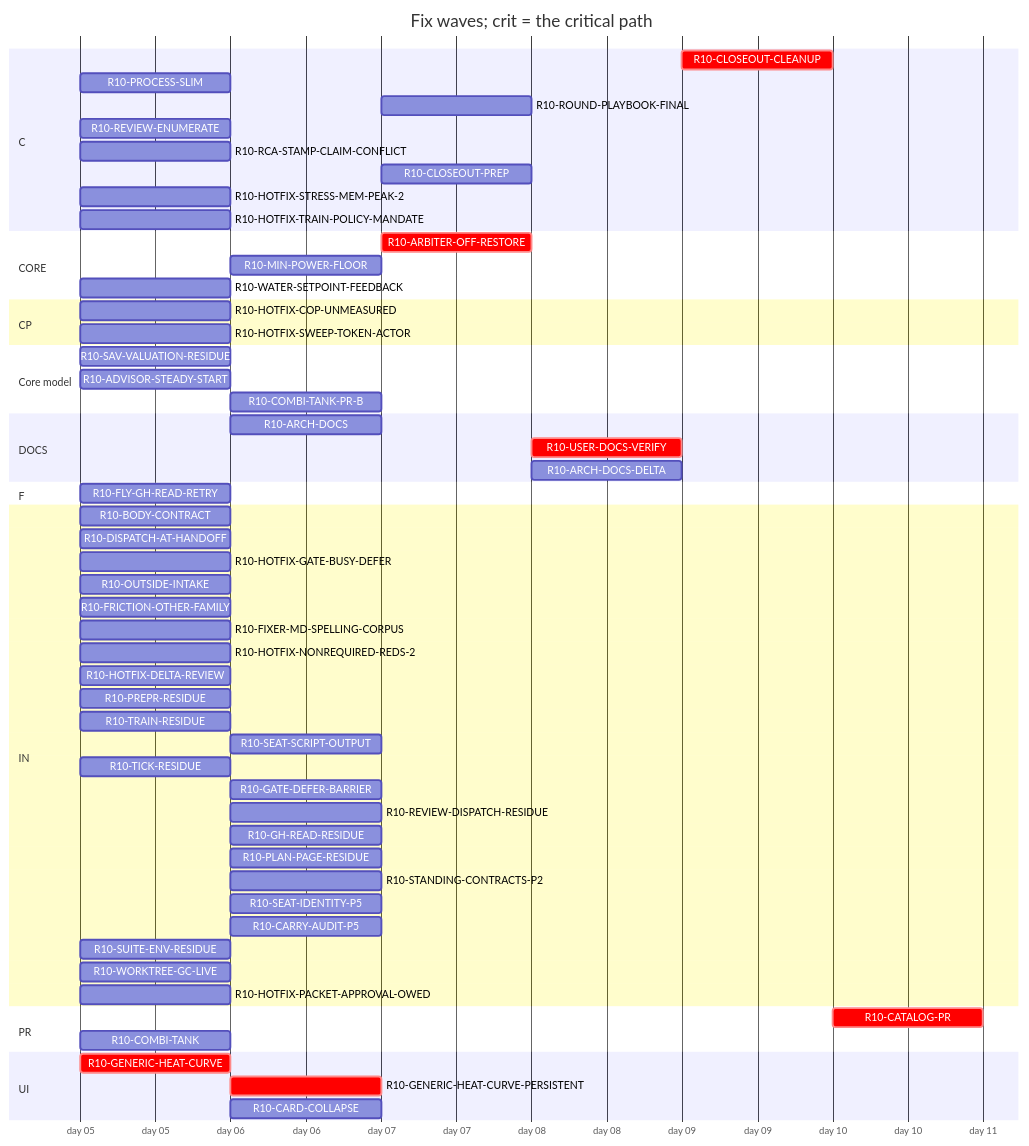
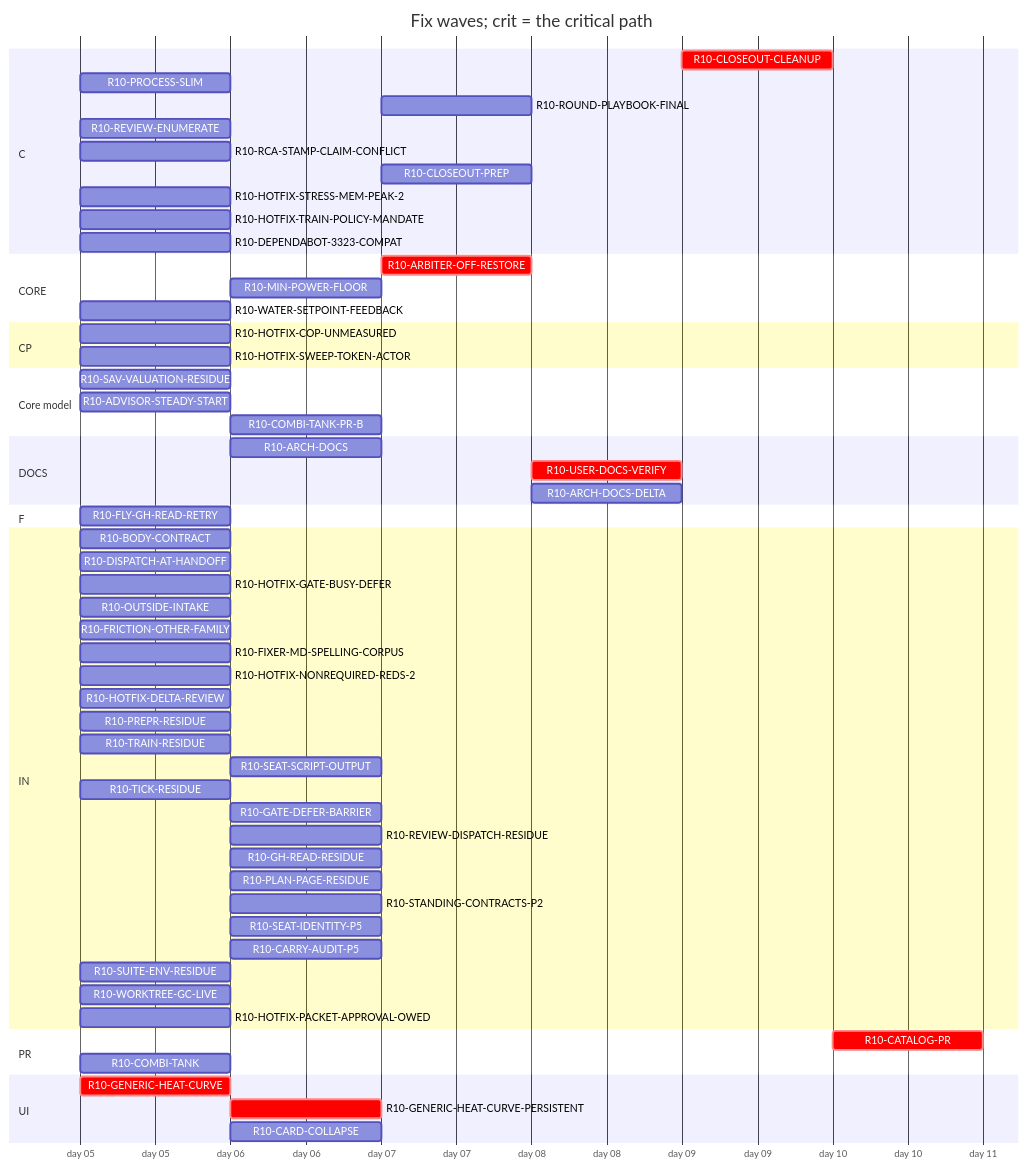
The diagram in handoff/round10/state/PLAN-TABLE.md (tvofi/heatpump_optimizer), drawn with Mermaid before and after one commit. The commit also changed other lines of this file and 4 other files, not shown here.

Commit message:
state: FLOW-BOARD.md, NEXT-SESSION-PROMPT.md, PLAN-TABLE.md, PLAN.html, RESUME-CURRENT.md regenerated (state_docs.py)

````diff
--- a/handoff/round10/state/PLAN-TABLE.md
+++ b/handoff/round10/state/PLAN-TABLE.md
@@ -22,62 +22,63 @@
 ```mermaid
 gantt
   title Fix waves; crit = the critical path
   dateFormat YYYY-MM-DD
   axisFormat day %d
   section C
     R10-CLOSEOUT-CLEANUP :crit, r10CLOSEOUTCLEANUP, after r10ARCHDOCS r10USERDOCSVERIFY r10ROUNDPLAYBOOKFINAL r10FRICTIONOTHERFAMILY r10CLOSEOUTPREP r10ARCHDOCSDELTA, 1d
     R10-PROCESS-SLIM :r10PROCESSSLIM, 2026-01-05, 1d
     R10-ROUND-PLAYBOOK-FINAL :r10ROUNDPLAYBOOKFINAL, after r10DISPATCHATHANDOFF r10BODYCONTRACT r10FLYGHREADRETRY r10PROCESSSLIM r10OUTSIDEINTAKE r10FRICTIONOTHERFAMILY r10FIXERMDSPELLINGCORPUS r10PREPRRESIDUE r10SEATSCRIPTOUTPUT r10REVIEWDISPATCHRESIDUE r10CARRYAUDITP5 r10TICKRESIDUE r10SEATIDENTITYP5 r10STANDINGCONTRACTSP2 r10PLANPAGERESIDUE r10TRAINRESIDUE r10GHREADRESIDUE r10SUITEENVRESIDUE r10GATEDEFERBARRIER r10WORKTREEGCLIVE, 1d
     R10-REVIEW-ENUMERATE :r10REVIEWENUMERATE, 2026-01-05, 1d
     R10-RCA-STAMP-CLAIM-CONFLICT :r10RCASTAMPCLAIMCONFLICT, 2026-01-05, 1d
     R10-CLOSEOUT-PREP :r10CLOSEOUTPREP, after r10ARCHDOCS r10DISPATCHATHANDOFF r10BODYCONTRACT r10FLYGHREADRETRY r10PROCESSSLIM r10OUTSIDEINTAKE r10FRICTIONOTHERFAMILY r10FIXERMDSPELLINGCORPUS r10PREPRRESIDUE r10SEATSCRIPTOUTPUT r10REVIEWDISPATCHRESIDUE r10CARRYAUDITP5 r10TICKRESIDUE r10SEATIDENTITYP5 r10STANDINGCONTRACTSP2 r10PLANPAGERESIDUE r10TRAINRESIDUE r10GHREADRESIDUE r10SUITEENVRESIDUE r10GATEDEFERBARRIER r10WORKTREEGCLIVE, 1d
     R10-HOTFIX-STRESS-MEM-PEAK-2 :r10HOTFIXSTRESSMEMPEAK2, 2026-01-05, 1d
     R10-HOTFIX-TRAIN-POLICY-MANDATE :r10HOTFIXTRAINPOLICYMANDATE, 2026-01-05, 1d
+    R10-DEPENDABOT-3323-COMPAT :r10DEPENDABOT3323COMPAT, 2026-01-05, 1d
   section CORE
     R10-ARBITER-OFF-RESTORE :crit, r10ARBITEROFFRESTORE, after r10GENERICHEATCURVE r10GENERICHEATCURVEPERSISTENT r10WATERSETPOINTFEEDBACK, 1d
     R10-MIN-POWER-FLOOR :r10MINPOWERFLOOR, after r10HOTFIXCOPUNMEASURED r10GENERICHEATCURVE, 1d
     R10-WATER-SETPOINT-FEEDBACK :r10WATERSETPOINTFEEDBACK, 2026-01-05, 1d
   section CP
     R10-HOTFIX-COP-UNMEASURED :r10HOTFIXCOPUNMEASURED, 2026-01-05, 1d
     R10-HOTFIX-SWEEP-TOKEN-ACTOR :r10HOTFIXSWEEPTOKENACTOR, 2026-01-05, 1d
   section Core model
     R10-SAV-VALUATION-RESIDUE :r10SAVVALUATIONRESIDUE, 2026-01-05, 1d
     R10-ADVISOR-STEADY-START :r10ADVISORSTEADYSTART, 2026-01-05, 1d
     R10-COMBI-TANK-PR-B :r10COMBITANKPRB, after r10COMBITANK, 1d
   section DOCS
     R10-ARCH-DOCS :r10ARCHDOCS, after r10DISPATCHATHANDOFF r10BODYCONTRACT r10FLYGHREADRETRY r10PROCESSSLIM r10OUTSIDEINTAKE r10FRICTIONOTHERFAMILY, 1d
     R10-USER-DOCS-VERIFY :crit, r10USERDOCSVERIFY, after r10HOTFIXCOPUNMEASURED r10GENERICHEATCURVE r10GENERICHEATCURVEPERSISTENT r10ARBITEROFFRESTORE r10COMBITANK r10MINPOWERFLOOR, 1d
     R10-ARCH-DOCS-DELTA :r10ARCHDOCSDELTA, after r10ARCHDOCS r10HOTFIXCOPUNMEASURED r10GENERICHEATCURVE r10GENERICHEATCURVEPERSISTENT r10ARBITEROFFRESTORE r10COMBITANK r10MINPOWERFLOOR r10SAVVALUATIONRESIDUE r10ADVISORSTEADYSTART r10COMBITANKPRB, 1d
   section F
     R10-FLY-GH-READ-RETRY :r10FLYGHREADRETRY, 2026-01-05, 1d
   section IN
     R10-BODY-CONTRACT :r10BODYCONTRACT, 2026-01-05, 1d
     R10-DISPATCH-AT-HANDOFF :r10DISPATCHATHANDOFF, 2026-01-05, 1d
     R10-HOTFIX-GATE-BUSY-DEFER :r10HOTFIXGATEBUSYDEFER, 2026-01-05, 1d
     R10-OUTSIDE-INTAKE :r10OUTSIDEINTAKE, 2026-01-05, 1d
     R10-FRICTION-OTHER-FAMILY :r10FRICTIONOTHERFAMILY, 2026-01-05, 1d
     R10-FIXER-MD-SPELLING-CORPUS :r10FIXERMDSPELLINGCORPUS, 2026-01-05, 1d
     R10-HOTFIX-NONREQUIRED-REDS-2 :r10HOTFIXNONREQUIREDREDS2, 2026-01-05, 1d
     R10-HOTFIX-DELTA-REVIEW :r10HOTFIXDELTAREVIEW, 2026-01-05, 1d
     R10-PREPR-RESIDUE :r10PREPRRESIDUE, 2026-01-05, 1d
     R10-TRAIN-RESIDUE :r10TRAINRESIDUE, 2026-01-05, 1d
     R10-SEAT-SCRIPT-OUTPUT :r10SEATSCRIPTOUTPUT, after r10TRAINRESIDUE, 1d
     R10-TICK-RESIDUE :r10TICKRESIDUE, 2026-01-05, 1d
     R10-GATE-DEFER-BARRIER :r10GATEDEFERBARRIER, after r10TRAINRESIDUE r10TICKRESIDUE, 1d
     R10-REVIEW-DISPATCH-RESIDUE :r10REVIEWDISPATCHRESIDUE, after r10DISPATCHATHANDOFF r10REVIEWENUMERATE r10HOTFIXDELTAREVIEW r10PROCESSSLIM, 1d
     R10-GH-READ-RESIDUE :r10GHREADRESIDUE, after r10FLYGHREADRETRY, 1d
     R10-PLAN-PAGE-RESIDUE :r10PLANPAGERESIDUE, after r10OUTSIDEINTAKE, 1d
     R10-STANDING-CONTRACTS-P2 :r10STANDINGCONTRACTSP2, after r10FIXERMDSPELLINGCORPUS, 1d
     R10-SEAT-IDENTITY-P5 :r10SEATIDENTITYP5, after r10TICKRESIDUE, 1d
     R10-CARRY-AUDIT-P5 :r10CARRYAUDITP5, after r10BODYCONTRACT, 1d
     R10-SUITE-ENV-RESIDUE :r10SUITEENVRESIDUE, 2026-01-05, 1d
     R10-WORKTREE-GC-LIVE :r10WORKTREEGCLIVE, 2026-01-05, 1d
     R10-HOTFIX-PACKET-APPROVAL-OWED :r10HOTFIXPACKETAPPROVALOWED, 2026-01-05, 1d
   section PR
     R10-CATALOG-PR :crit, r10CATALOGPR, after r10USERDOCSVERIFY r10ARCHDOCS r10ROUNDPLAYBOOKFINAL r10CLOSEOUTCLEANUP r10CLOSEOUTPREP r10ARCHDOCSDELTA, 1d
     R10-COMBI-TANK :r10COMBITANK, 2026-01-05, 1d
   section UI
     R10-GENERIC-HEAT-CURVE :crit, r10GENERICHEATCURVE, 2026-01-05, 1d
     R10-GENERIC-HEAT-CURVE-PERSISTENT :crit, r10GENERICHEATCURVEPERSISTENT, after r10GENERICHEATCURVE, 1d
     R10-CARD-COLLAPSE :r10CARDCOLLAPSE, after r10HOTFIXCOPUNMEASURED, 1d
 ```
````
